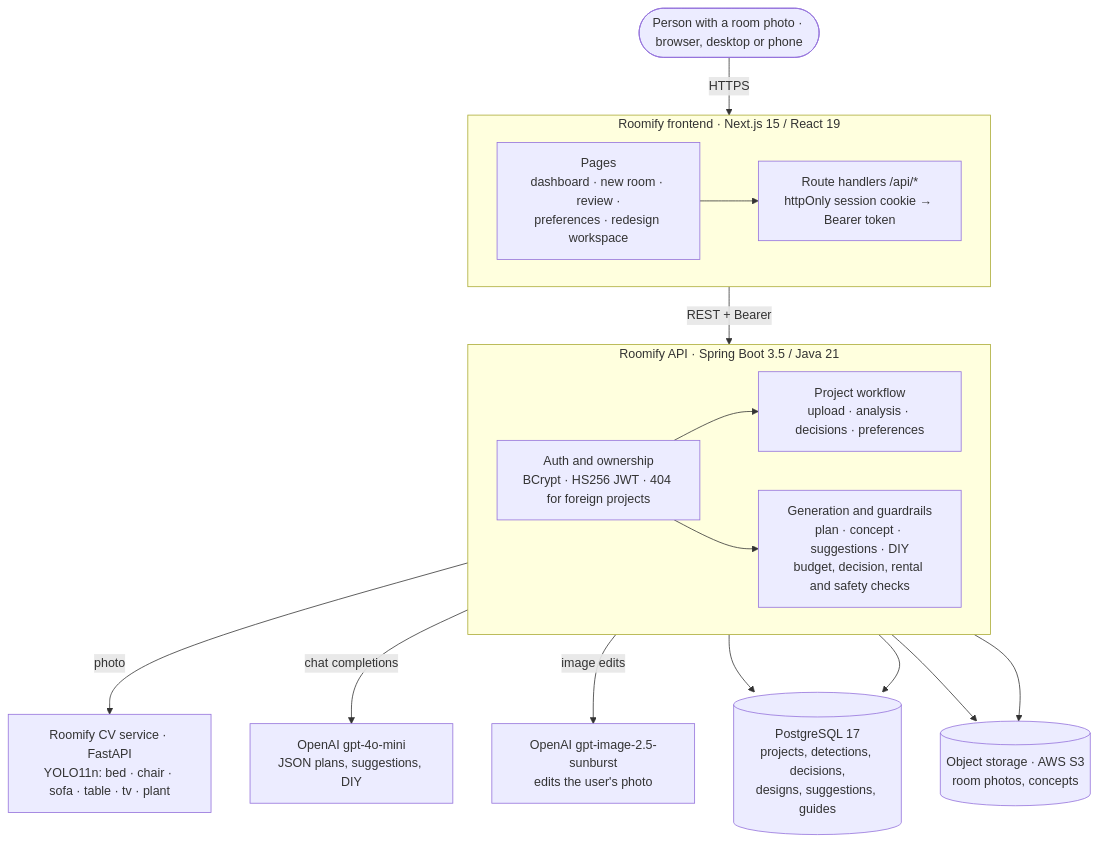
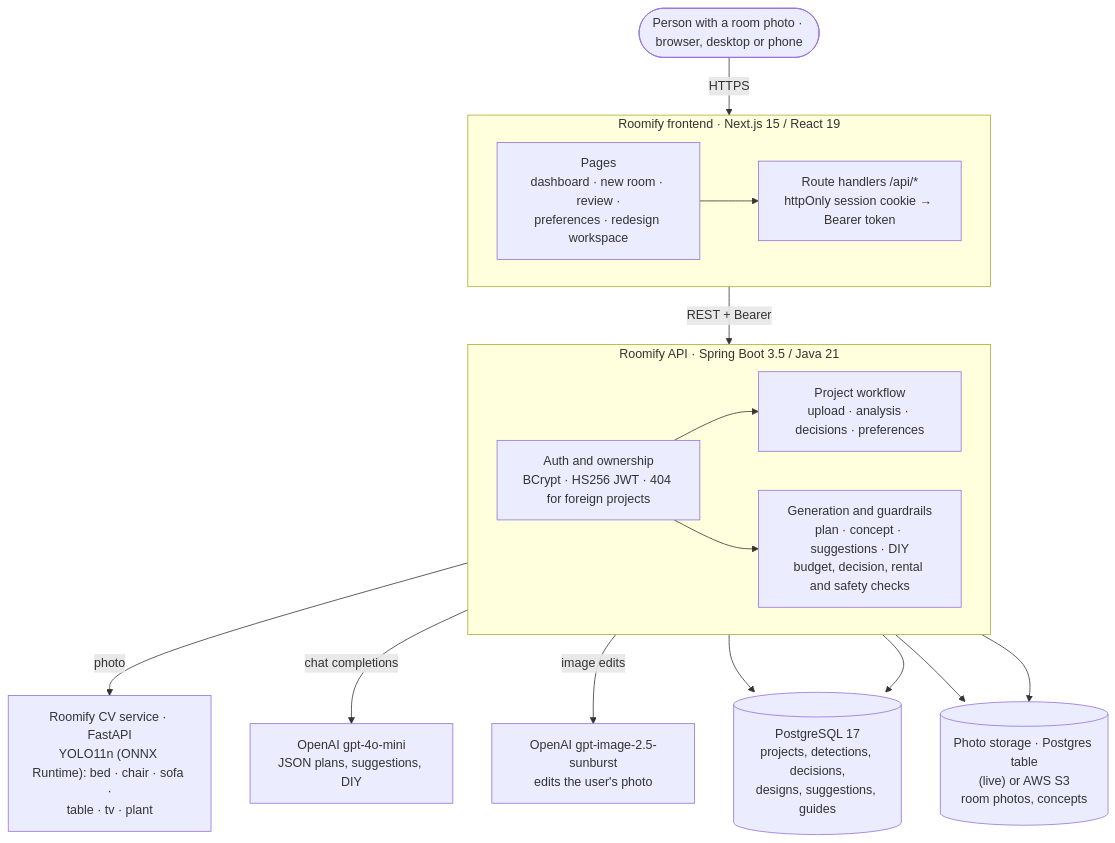
One commit to Bootcamp2Roomify/roomify_backend changed the diagram in docs/submission/architecture/architecture.mmd. Above: the diagram before and after it, drawn with Mermaid. The commit also changed 37 other files, not shown here.

First line of the commit message:
docs: live on Vercel (v1.0.1), final silent video, ONNX evaluation (#58)

```diff
--- a/docs/submission/architecture/architecture.mmd
+++ b/docs/submission/architecture/architecture.mmd
@@ -1,35 +1,35 @@
 %% Roomify system architecture. Rendered by docs/submission/build.sh.
 flowchart TB
   user(["Person with a room photo · browser, desktop or phone"])
 
   subgraph FE["Roomify frontend · Next.js 15 / React 19"]
     direction LR
     pages["Pages<br/>dashboard · new room · review ·<br/>preferences · redesign workspace"]
     bridge["Route handlers /api/*<br/>httpOnly session cookie → Bearer token"]
   end
 
   subgraph BE["Roomify API · Spring Boot 3.5 / Java 21"]
     direction LR
     auth["Auth and ownership<br/>BCrypt · HS256 JWT · 404 for foreign projects"]
     flow["Project workflow<br/>upload · analysis · decisions · preferences"]
     gen["Generation and guardrails<br/>plan · concept · suggestions · DIY<br/>budget, decision, rental and safety checks"]
   end
 
-  cv["Roomify CV service · FastAPI<br/>YOLO11n: bed · chair · sofa · table · tv · plant"]
+  cv["Roomify CV service · FastAPI<br/>YOLO11n (ONNX Runtime): bed · chair · sofa ·<br/>table · tv · plant"]
   llm["OpenAI gpt-4o-mini<br/>JSON plans, suggestions, DIY"]
   img["OpenAI gpt-image-2.5-sunburst<br/>edits the user's photo"]
   pg[("PostgreSQL 17<br/>projects, detections, decisions,<br/>designs, suggestions, guides")]
-  store[("Object storage · AWS S3<br/>room photos, concepts")]
+  store[("Photo storage · Postgres table<br/>(live) or AWS S3<br/>room photos, concepts")]
 
   user -- HTTPS --> pages
   pages --> bridge
   bridge -- "REST + Bearer" --> auth
   auth --> flow
   auth --> gen
   flow -- "photo" --> cv
   gen -- "chat completions" --> llm
   gen -- "image edits" --> img
   flow --> pg
   gen --> pg
   flow --> store
   gen --> store
```
